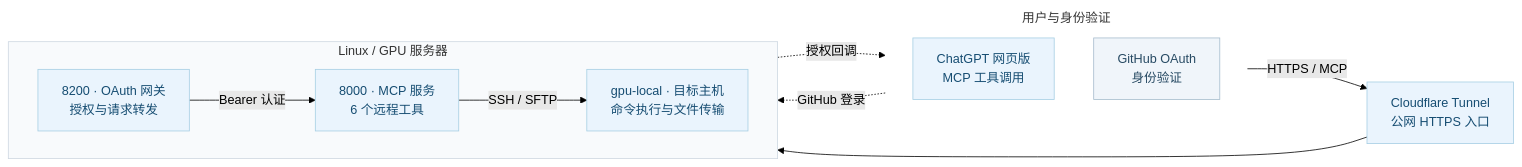
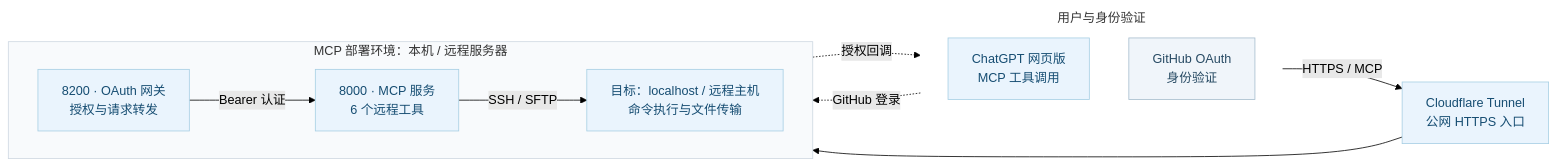
One commit to Double-wk/ChatGPT-MCP-Bridge changed the diagram in README.md. Above: the diagram before and after it, drawn with Mermaid (forest theme). The commit also changed other lines of this file and 1 other file, not shown here.

Commit message:
docs: cover local and remote setups; preserve stable v1 history

````diff
--- a/README.md
+++ b/README.md
@@ -41,30 +41,30 @@
 ```mermaid
 flowchart LR
     subgraph EXTERNAL["用户与身份验证"]
         direction TB
         CHAT["ChatGPT 网页版<br/>MCP 工具调用"]
         GH["GitHub OAuth<br/>身份验证"]
     end
 
     CF["Cloudflare Tunnel<br/>公网 HTTPS 入口"]
-    subgraph SERVER["Linux / GPU 服务器"]
+    subgraph HOST["MCP 部署环境：本机 / 远程服务器"]
         direction LR
         GW["8200 · OAuth 网关<br/>授权与请求转发"]
         MCP["8000 · MCP 服务<br/>6 个远程工具"]
-        SSH["gpu-local · 目标主机<br/>命令执行与文件传输"]
+        SSH["目标：localhost / 远程主机<br/>命令执行与文件传输"]
         GW -->|"Bearer 认证"| MCP
         MCP -->|"SSH / SFTP"| SSH
     end
 
     CHAT -->|"HTTPS / MCP"| CF
     CF --> GW
     GH -. "GitHub 登录" .-> GW
     GW -. "授权回调" .-> GH
 
     classDef main fill:#EAF4FD,stroke:#A6CEE3,color:#164D72,stroke-width:1px;
     classDef oauth fill:#F0F5FA,stroke:#A6BCCD,color:#274A63,stroke-width:1px;
     class CHAT,CF,GW,MCP,SSH main;
     class GH oauth;
-    style SERVER fill:#F8FAFC,stroke:#CDD7E1,stroke-width:1px
+    style HOST fill:#F8FAFC,stroke:#CDD7E1,stroke-width:1px
     style EXTERNAL fill:transparent,stroke:transparent
 ```
````
